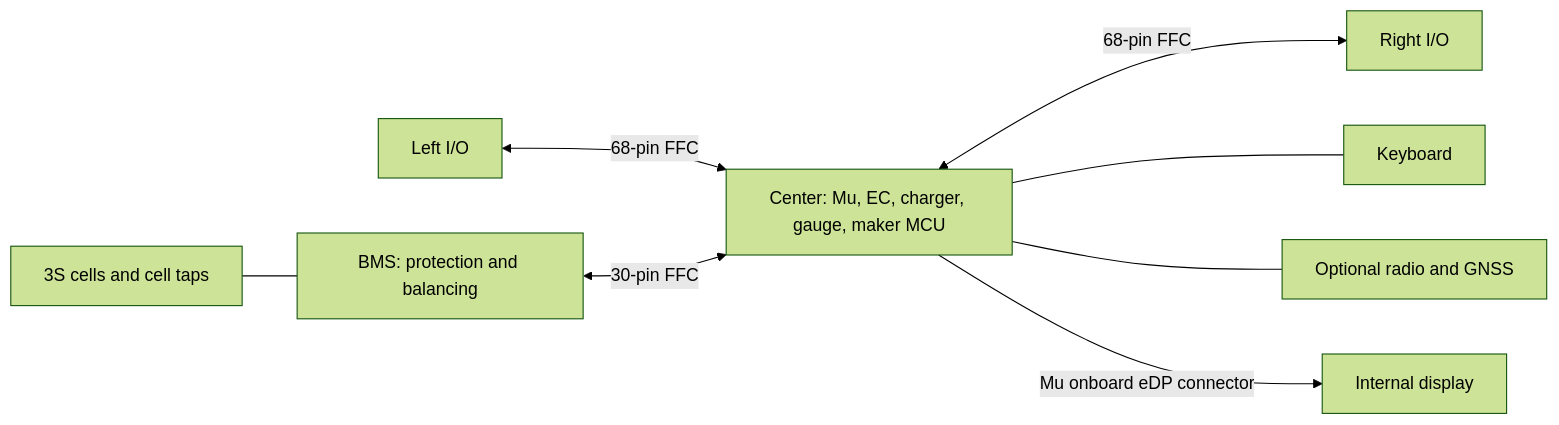
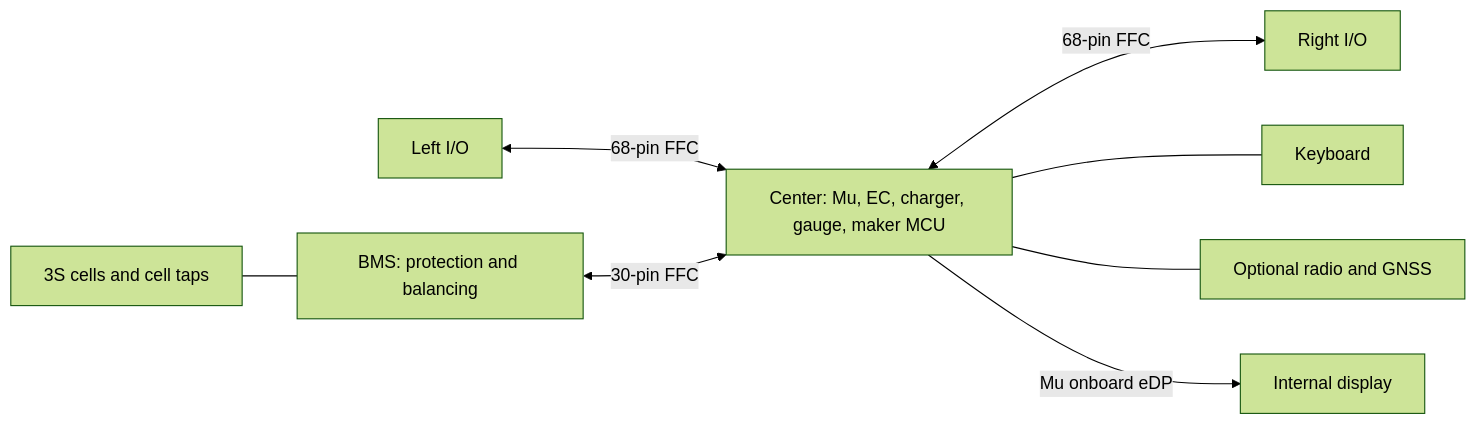
The diagram in README.md (EwoudVV/ducktop2), drawn with Mermaid (forest theme) before and after one commit. The commit also changed other lines of this file and 108 other files, not shown here.

````diff
--- a/README.md
+++ b/README.md
@@ -40,10 +37,10 @@
 ```mermaid
 flowchart LR
     L[Left I/O] <-->|68-pin FFC| C[Center: Mu, EC, charger, gauge, maker MCU]
     C <-->|68-pin FFC| R[Right I/O]
     B[BMS: protection and balancing] <-->|30-pin FFC| C
     Cells[3S cells and cell taps] --- B
     C --- K[Keyboard]
     C --- Radio[Optional radio and GNSS]
-    C -->|Mu onboard eDP connector| Panel[Internal display]
+    C -->|Mu onboard eDP| Panel[Internal display]
 ```
````
